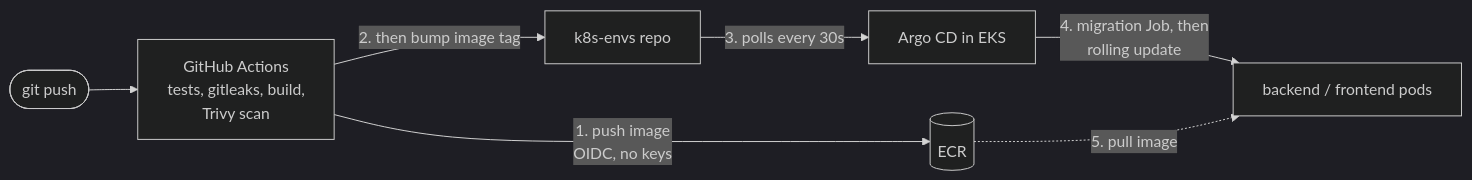
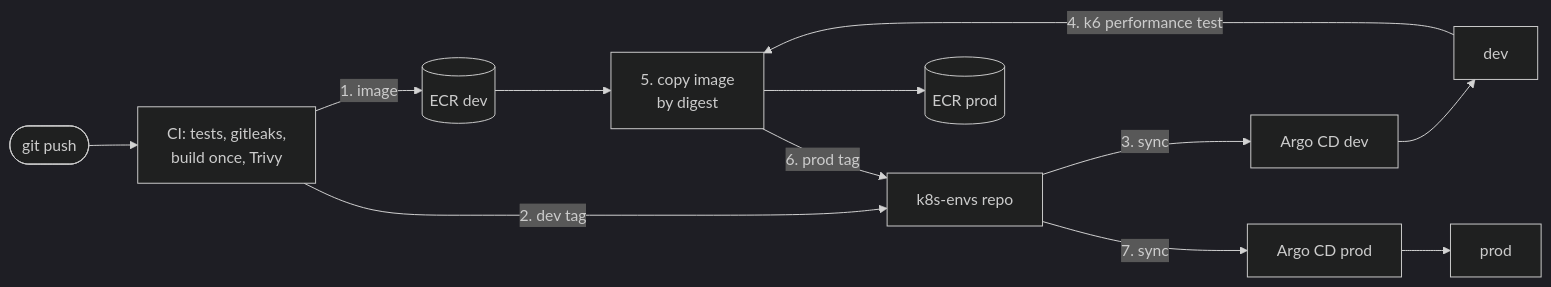
Before and after one commit to jelicki-jovan/terraform: the second of 2 diagrams in README.md, drawn with Mermaid (dark theme). The commit also changed other lines of this file and 3 other files, not shown here.

````diff
--- a/README.md
+++ b/README.md
@@ -73,9 +81,13 @@
 ```mermaid
 flowchart LR
-  dev([git push]) --> ci[GitHub Actions<br/>tests, gitleaks, build,<br/>Trivy scan]
-  ci -->|1. push image<br/>OIDC, no keys| ecr[(ECR)]
-  ci -->|2. then bump image tag| gitops[k8s-envs repo]
-  gitops -->|3. polls every 30s| argo[Argo CD in EKS]
-  argo -->|4. migration Job, then<br/>rolling update| pods[backend / frontend pods]
-  ecr -.->|5. pull image| pods
+  push([git push]) --> ci[CI: tests, gitleaks,<br/>build once, Trivy]
+  ci -->|1. image| ecrdev[(ECR dev)]
+  ci -->|2. dev tag| gitops[k8s-envs repo]
+  gitops -->|3. sync| argodev[Argo CD dev]
+  argodev --> devenv[dev]
+  devenv -->|4. k6 performance test| promote[5. copy image<br/>by digest]
+  ecrdev --> promote --> ecrprod[(ECR prod)]
+  promote -->|6. prod tag| gitops
+  gitops -->|7. sync| argoprod[Argo CD prod]
+  argoprod --> prodenv[prod]
 ```
````
